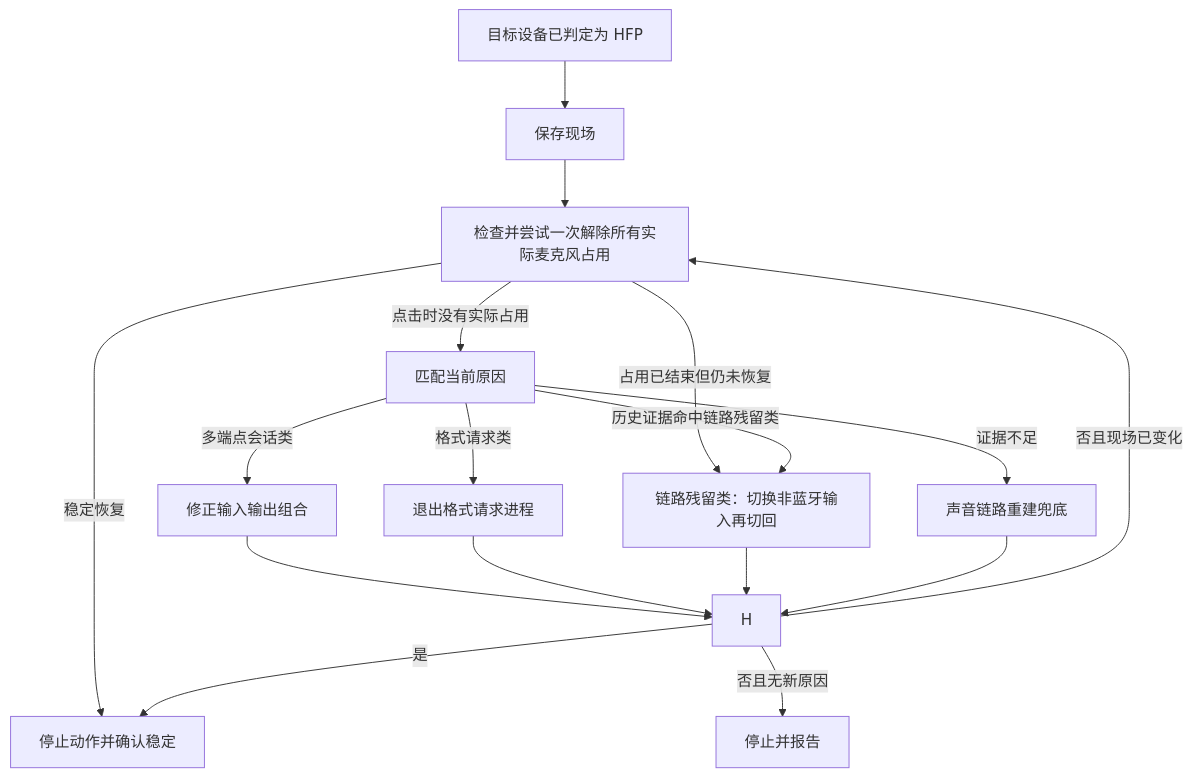
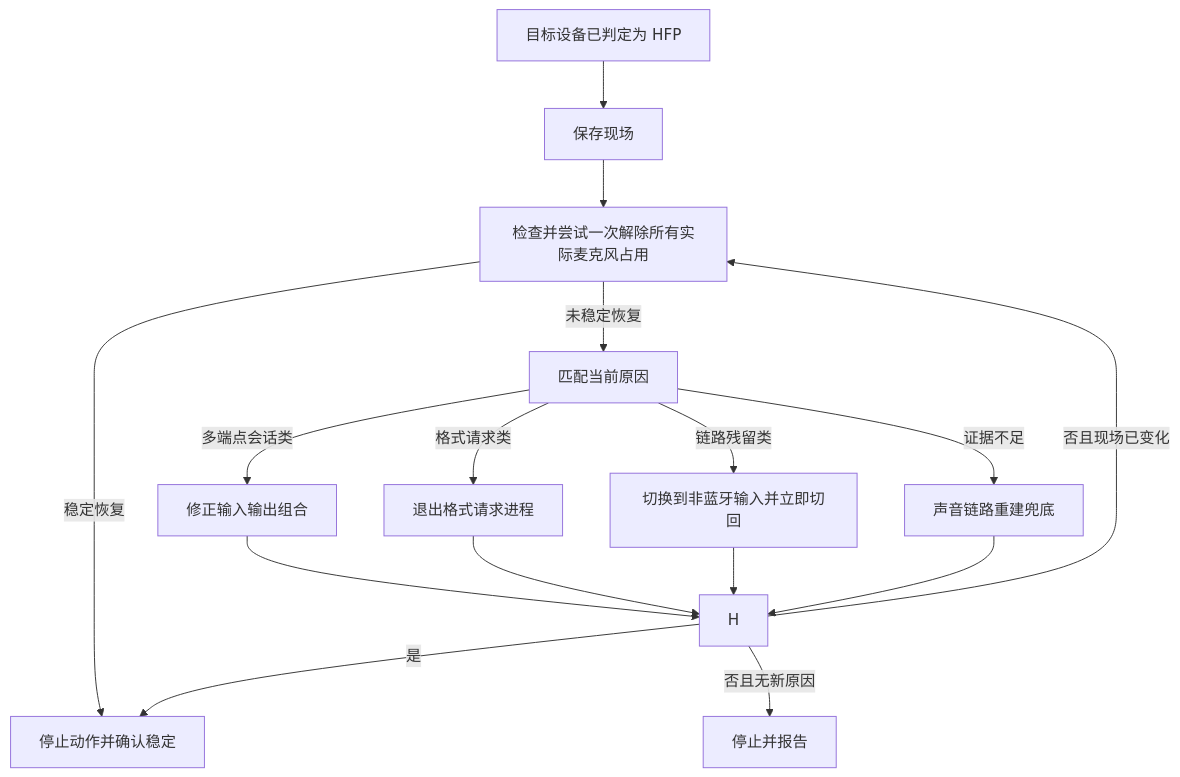
One commit to andy-JustSayWhen/fix-Bluetooth-earphone-audio-problem changed the diagram in reference/SPEC/HFP模式一键修复方案.md. Above: the diagram before and after it, drawn with Mermaid. The commit also changed other lines of this file and 1 other file, not shown here.

````diff
--- a/reference/SPEC/HFP模式一键修复方案.md
+++ b/reference/SPEC/HFP模式一键修复方案.md
@@ -32,19 +32,18 @@
 ```mermaid
 flowchart TD
     A[目标设备已判定为 HFP] --> B[保存现场]
     B --> C[检查并尝试一次解除所有实际麦克风占用]
     C -->|稳定恢复| I[停止动作并确认占用状态]
-    C -->|占用已结束但仍未恢复| L[链路残留类：切换非蓝牙输入再切回]
-    C -->|点击时没有实际占用| K[匹配当前原因]
+    C -->|未稳定恢复| K[匹配当前原因]
     K -->|多端点会话类| E[修正输入输出组合]
     K -->|格式请求类| F[退出格式请求进程]
-    K -->|历史证据命中链路残留类| L
+    K -->|链路残留类| L[切换到非蓝牙输入并立即切回]
     K -->|证据不足| G[声音链路重建兜底]
     E --> H
     F --> H
     L --> H
     G --> H
     H -->|是| I[停止动作并确认稳定]
     H -->|否且现场已变化| C
     H -->|否且无新原因| J[停止并报告]
 ```
````
